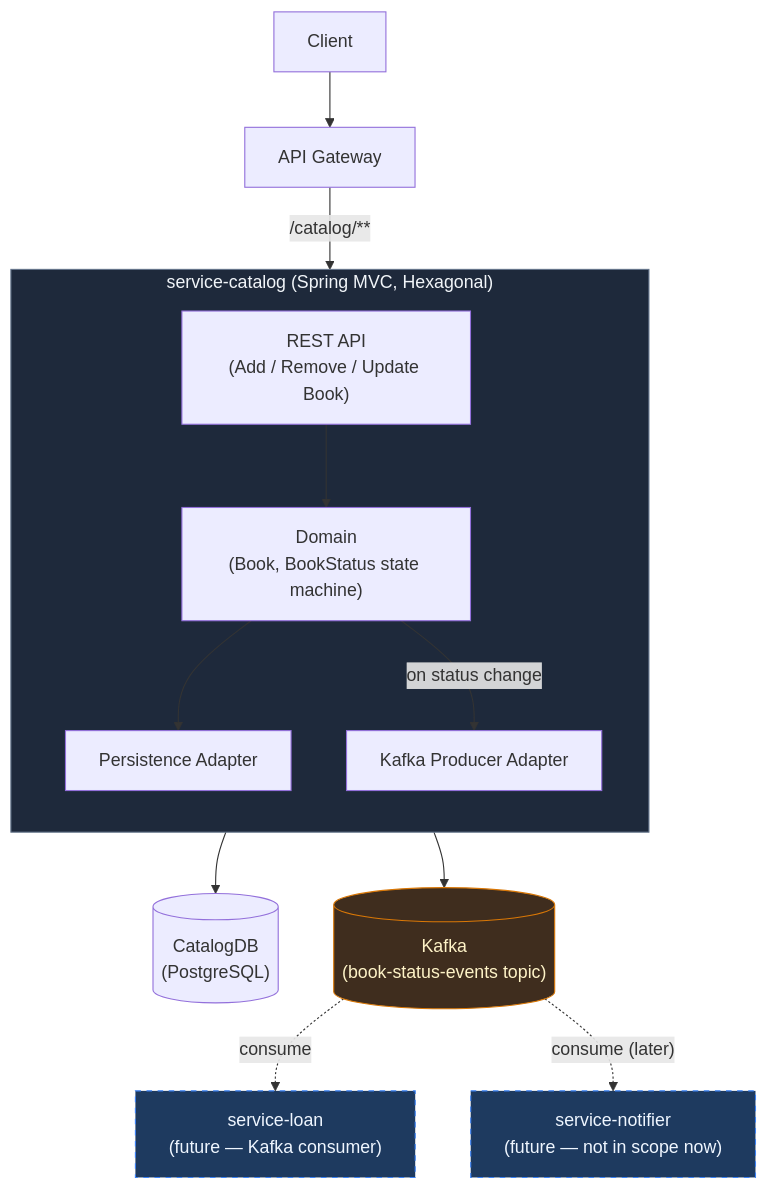
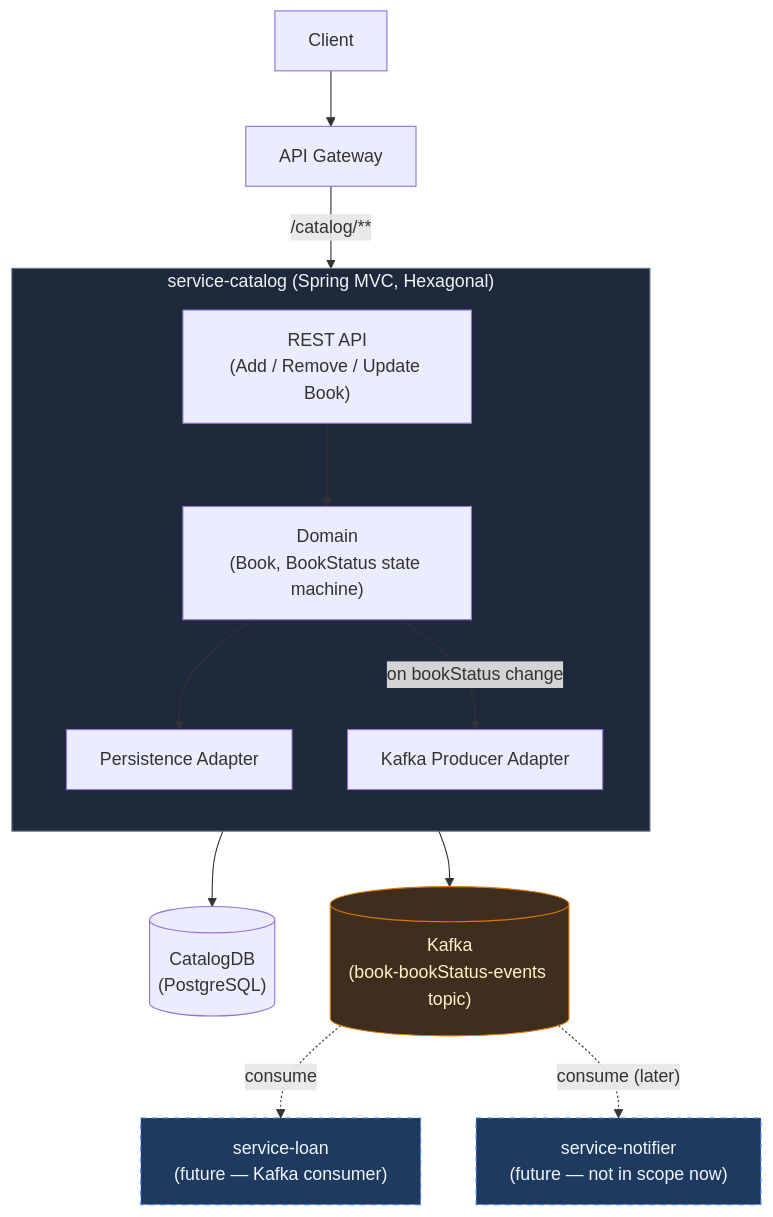
One commit to Hattatoglu/library-of-alexandria changed the diagram in service/service-catalog/documents/HLD/service-catalog-system-overview.mermaid. Above: the diagram before and after it, drawn with Mermaid. The commit also changed 64 other files, not shown here.

```diff
--- a/service/service-catalog/documents/HLD/service-catalog-system-overview.mermaid
+++ b/service/service-catalog/documents/HLD/service-catalog-system-overview.mermaid
@@ -1,32 +1,32 @@
 graph TB
     Client["Client"]
     Gateway["API Gateway"]
 
     subgraph ServiceCatalog["service-catalog (Spring MVC, Hexagonal)"]
         direction TB
         API["REST API<br/>(Add / Remove / Update Book)"]
         Domain["Domain<br/>(Book, BookStatus state machine)"]
         Persistence["Persistence Adapter"]
         KafkaProducer["Kafka Producer Adapter"]
     end
 
     CatalogDB[("CatalogDB<br/>(PostgreSQL)")]
-    Kafka[("Kafka<br/>(book-status-events topic)")]
+    Kafka[("Kafka<br/>(book-bookStatus-events topic)")]
 
     ServiceLoan["service-loan<br/>(future — Kafka consumer)"]
     ServiceNotifier["service-notifier<br/>(future — not in scope now)"]
 
     Client --> Gateway
     Gateway -->|"/catalog/**"| API
     API --> Domain
     Domain --> Persistence
     Persistence --> CatalogDB
-    Domain -->|"on status change"| KafkaProducer
+    Domain -->|"on bookStatus change"| KafkaProducer
     KafkaProducer --> Kafka
     Kafka -.->|"consume"| ServiceLoan
     Kafka -.->|"consume (later)"| ServiceNotifier
 
     style ServiceCatalog fill:#1e293b,stroke:#64748b,color:#f1f5f9
     style Kafka fill:#3f2d1e,stroke:#d97706,color:#fef3c7
     style ServiceLoan fill:#1e3a5f,stroke:#3b82f6,color:#eff6ff,stroke-dasharray: 5 5
     style ServiceNotifier fill:#1e3a5f,stroke:#3b82f6,color:#eff6ff,stroke-dasharray: 5 5
```
